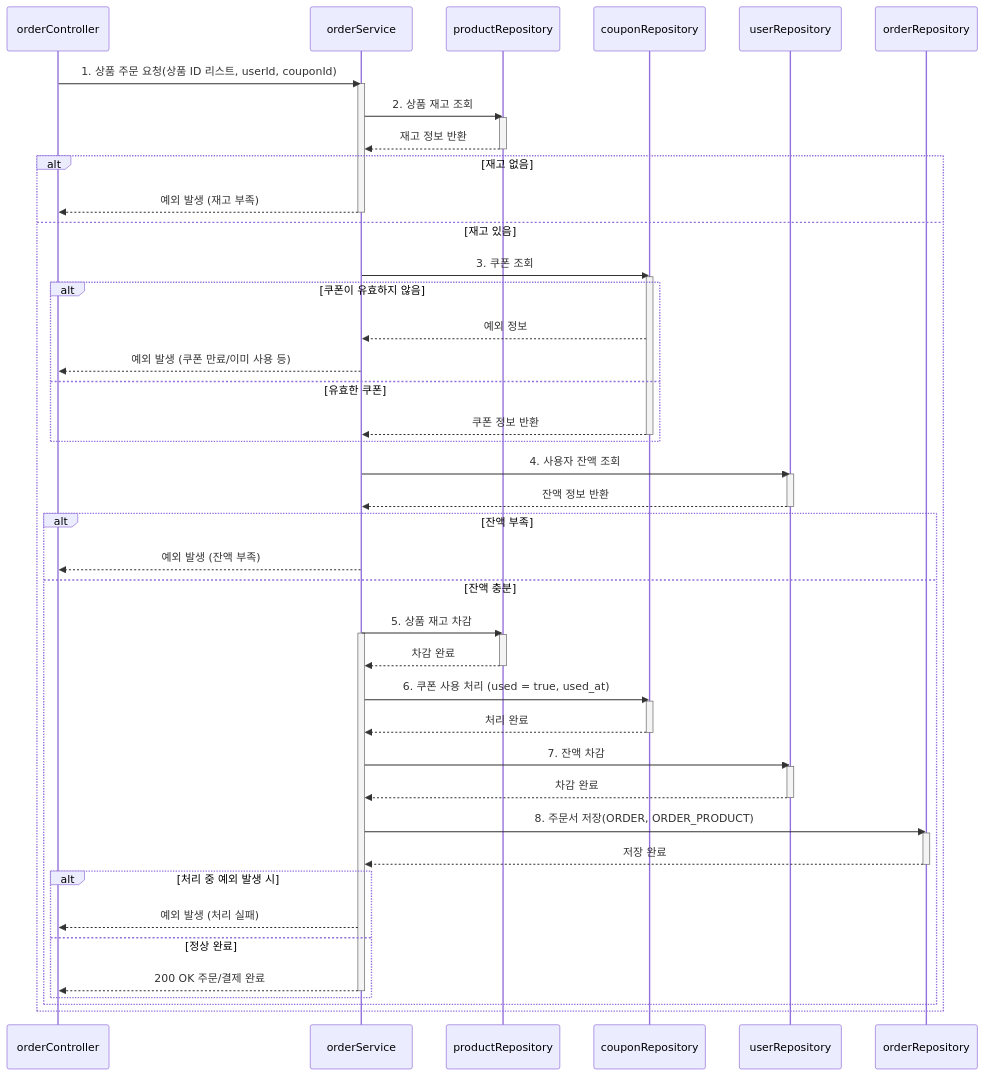
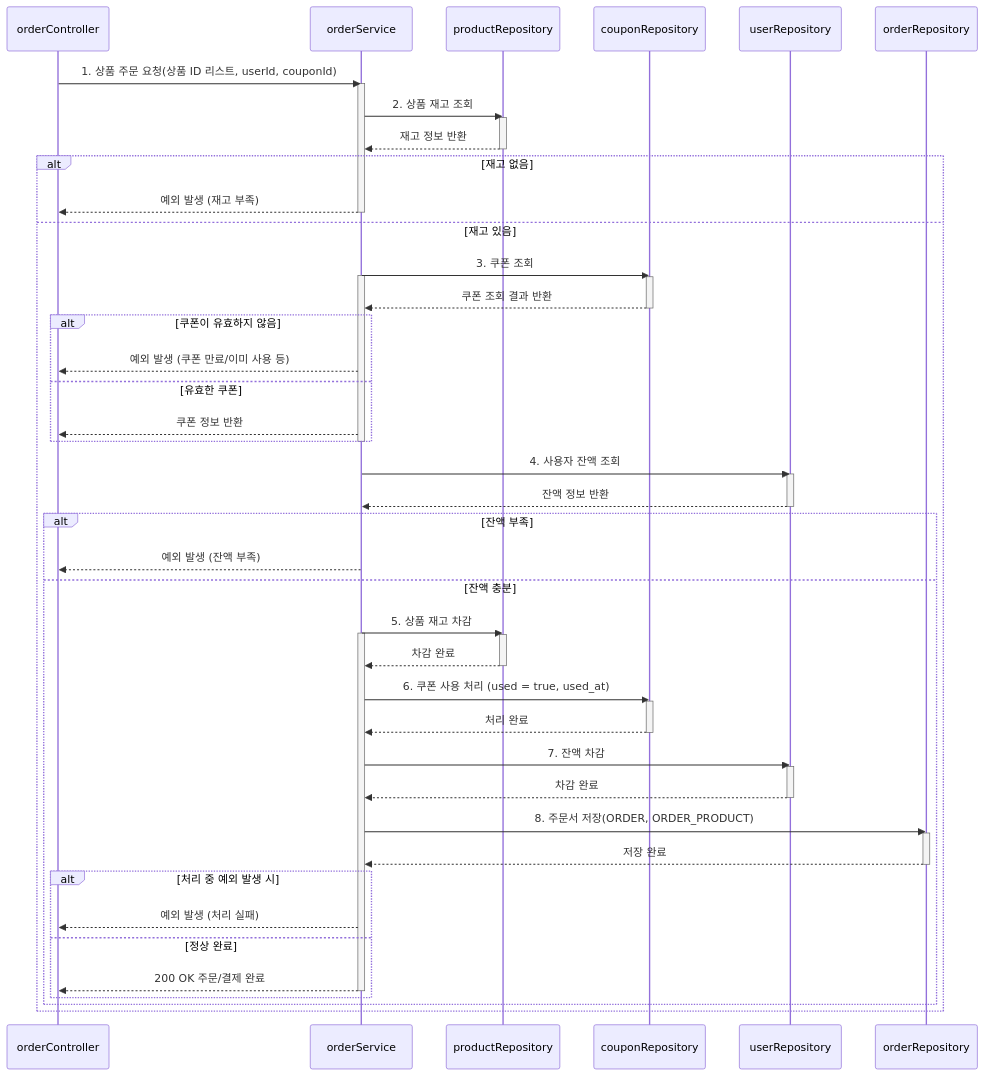
One commit to ssunnykku/e-commerce changed the diagram in docs/sequence/order_payment.md. Above: the diagram before and after it, drawn with Mermaid.

Commit message:
refactor: 코드 리뷰 반영, 쿠폰 발급시 비즈니스 로직 service에 위임하도록 수정

````diff
--- a/docs/sequence/order_payment.md
+++ b/docs/sequence/order_payment.md
@@ -2,69 +2,70 @@
 ```mermaid
 sequenceDiagram
     participant orderController
     participant orderService
     participant productRepository
     participant couponRepository
     participant userRepository
     participant orderRepository
 
 orderController->>orderService: 1. 상품 주문 요청(상품 ID 리스트, userId, couponId)
 activate orderService
 orderService->>productRepository: 2. 상품 재고 조회
 activate productRepository
  productRepository-->>orderService: 재고 정보 반환
     deactivate productRepository
 alt 재고 없음
     orderService-->>orderController: 예외 발생 (재고 부족)
      deactivate orderService
 else 재고 있음
     orderService->>couponRepository: 3. 쿠폰 조회
+        activate orderService
         activate couponRepository
-        
-    alt 쿠폰이 유효하지 않음
-             couponRepository-->>orderService: 예외 정보
-            
-        orderService-->>orderController: 예외 발생 (쿠폰 만료/이미 사용 등)
+    couponRepository -->> orderService : 쿠폰 조회 결과 반환
+        deactivate couponRepository
+
+       alt 쿠폰이 유효하지 않음
+    orderService -->> orderController : 예외 발생 (쿠폰 만료/이미 사용 등)
+
     else 유효한 쿠폰
-        couponRepository-->>orderService: 쿠폰 정보 반환
-        deactivate couponRepository
+        orderService-->>orderController: 쿠폰 정보 반환
         end
+        deactivate orderService
     orderService->>userRepository: 4. 사용자 잔액 조회
        activate userRepository
        userRepository-->>orderService: 잔액 정보 반환
         deactivate userRepository
 
     alt 잔액 부족
         orderService-->>orderController: 예외 발생 (잔액 부족)
     else 잔액 충분
      %% 트랜잭션 시작
         orderService->>productRepository: 5. 상품 재고 차감
          activate orderService
         activate productRepository
         productRepository-->>orderService: 차감 완료
         deactivate productRepository
         	orderService->>couponRepository: 6. 쿠폰 사용 처리 (used = true, used_at)
          activate couponRepository
          couponRepository-->>orderService: 처리 완료
           deactivate couponRepository      
         orderService->>userRepository: 7. 잔액 차감
         activate userRepository
         userRepository-->>orderService: 차감 완료
 				deactivate userRepository
 			
          orderService->>orderRepository: 8. 주문서 저장(ORDER, ORDER_PRODUCT)
           activate orderRepository
           orderRepository-->>orderService: 저장 완료
           deactivate orderRepository 
           
             alt 처리 중 예외 발생 시
                 orderService-->>orderController: 예외 발생 (처리 실패)
             else 정상 완료
                 orderService-->>orderController: 200 OK 주문/결제 완료
 		          deactivate orderService
         end
     end
 end
 
-
 ```
````
